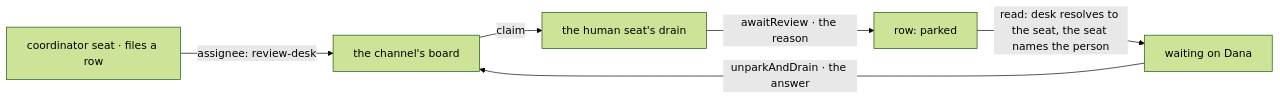
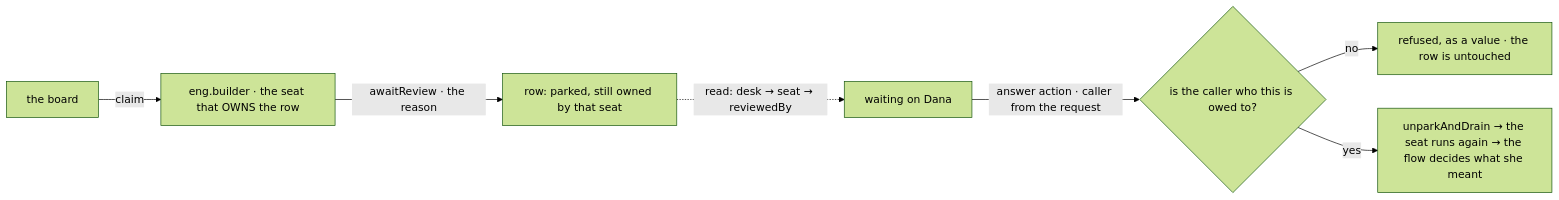
One commit to fixpoint-labs/flow-state-dev changed the diagram in spec/FIX-1458/SPEC.md. Above: the diagram before and after it, drawn with Mermaid (forest theme). The commit also changed other lines of this file and 19 other files, not shown here.

````diff
--- a/spec/FIX-1458/SPEC.md
+++ b/spec/FIX-1458/SPEC.md
@@ -48,8 +52,9 @@
 ```mermaid
 flowchart LR
-  C["coordinator seat · files a row"] -->|"assignee: review-desk"| B["the channel's board"]
-  B -->|"claim"| H["the human seat's drain"]
-  H -->|"awaitReview · the reason"| P["row: parked"]
-  P -->|"read: desk resolves to the seat, the seat names the person"| W["waiting on Dana"]
-  W -->|"unparkAndDrain · the answer"| B
+  B["the board"] -->|"claim"| S["eng.builder · the seat that OWNS the row"]
+  S -->|"awaitReview · the reason"| P["row: parked, still owned by that seat"]
+  P -.->|"read: desk → seat → reviewedBy"| W["waiting on Dana"]
+  W -->|"answer action · caller from the request"| G{"is the caller who this is owed to?"}
+  G -->|"no"| R["refused, as a value · the row is untouched"]
+  G -->|"yes"| U["unparkAndDrain → the seat runs again → the flow decides what she meant"]
 ```
````
